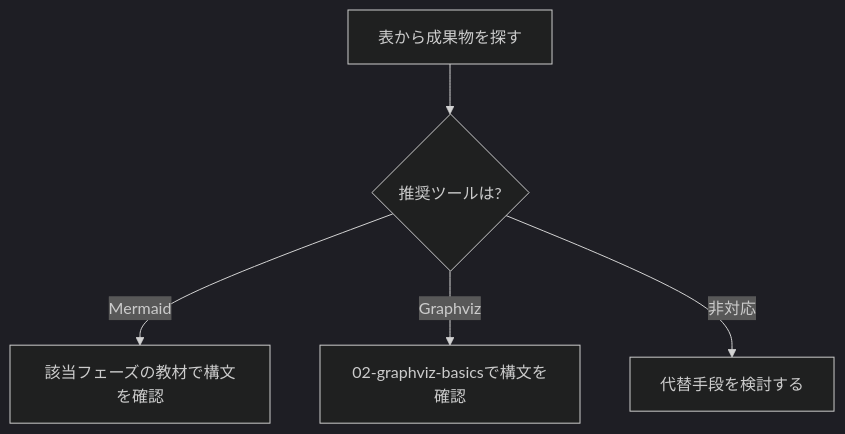
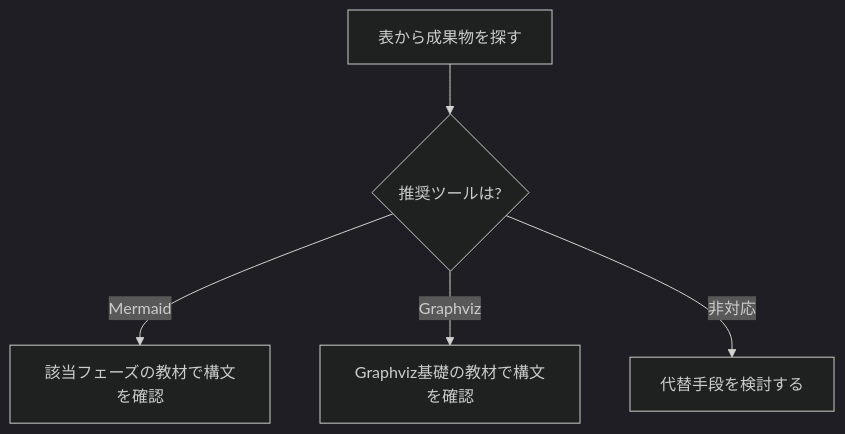
One commit to duwenji/diagram-as-code-tutorial changed the diagram in docs/06-project-phase-diagrams/01-diagram-catalog-overview.md. Above: the diagram before and after it, drawn with Mermaid (dark theme). The commit also changed other lines of this file and 9 other files, not shown here.

````diff
--- a/docs/06-project-phase-diagrams/01-diagram-catalog-overview.md
+++ b/docs/06-project-phase-diagrams/01-diagram-catalog-overview.md
@@ -65,7 +65,7 @@
 ```mermaid
 flowchart TD
     A[表から成果物を探す] --> B{推奨ツールは?}
     B -->|Mermaid| C[該当フェーズの教材で構文を確認]
-    B -->|Graphviz| D[02-graphviz-basicsで構文を確認]
+    B -->|Graphviz| D[Graphviz基礎の教材で構文を確認]
     B -->|非対応| E[代替手段を検討する]
 ```
````
